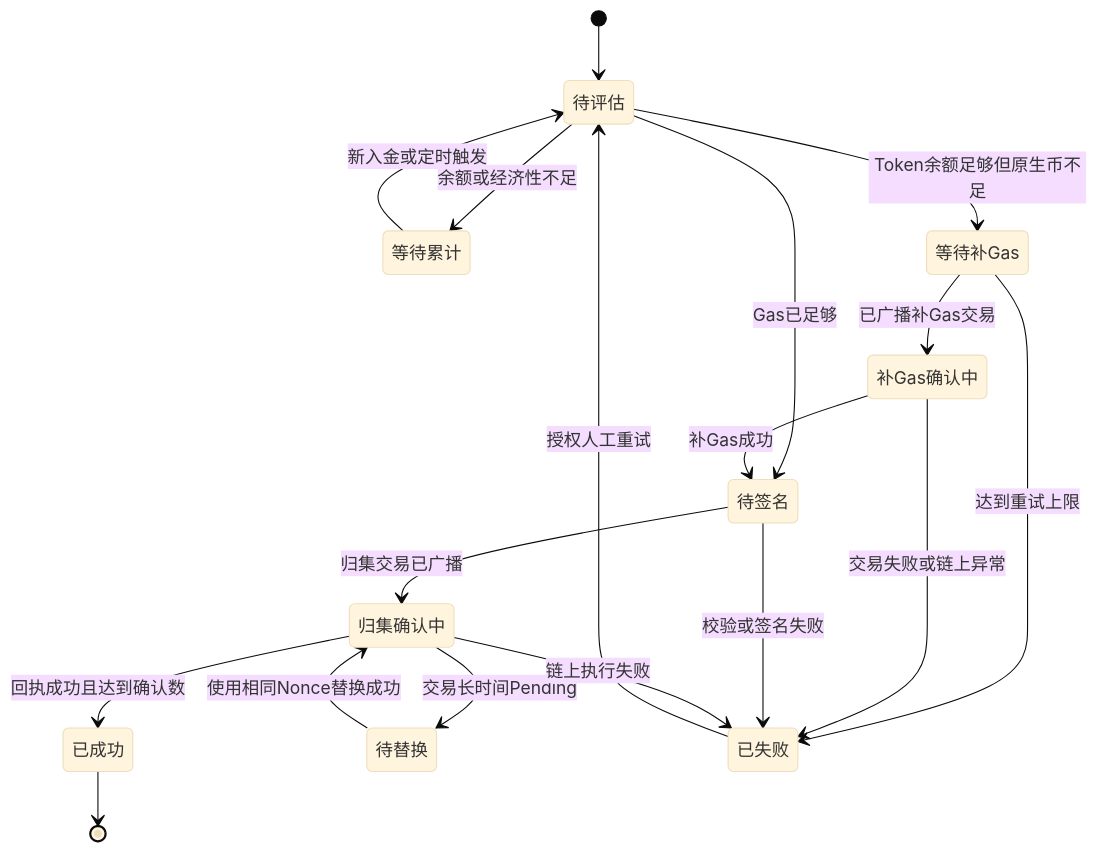
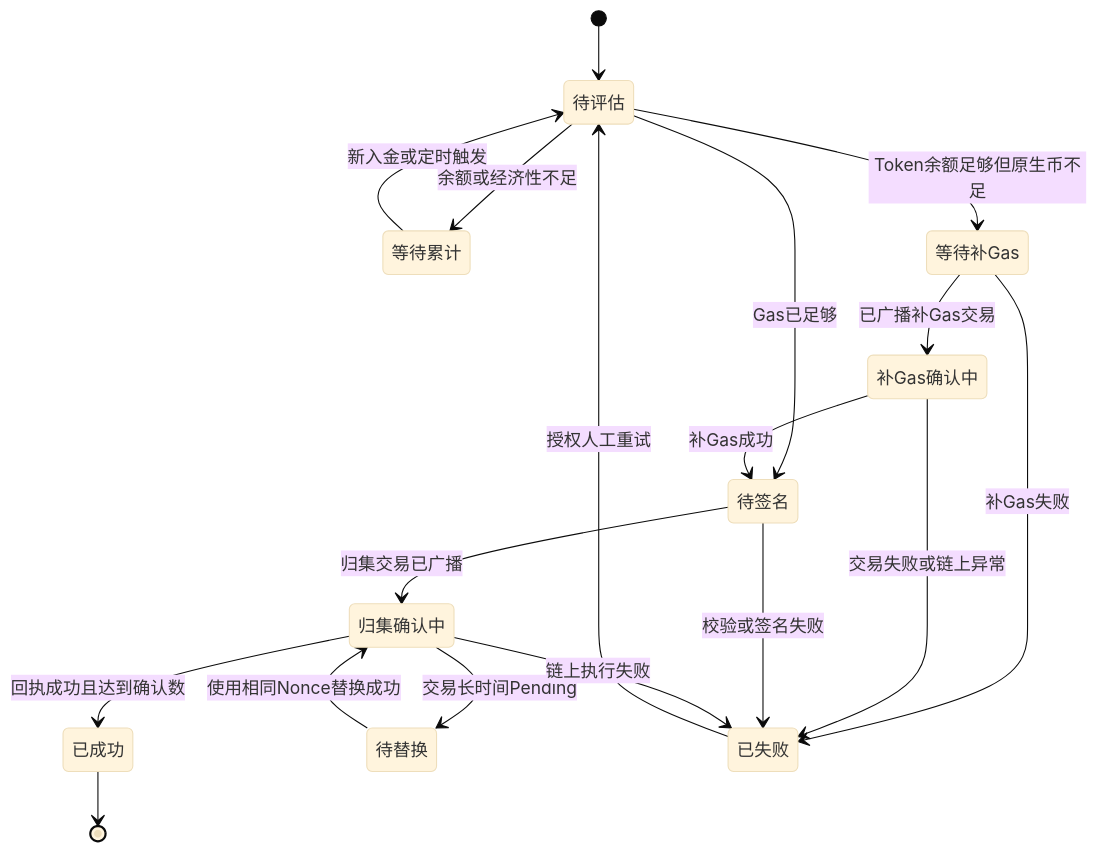
One commit to bingo-lab-1/bingo-figma changed the third of 3 diagrams in M5-财务管理/5.14-Crypto入金/Gas-Station与自动归集方案.md. Above: the diagram before and after it, drawn with Mermaid (base theme). The commit also changed other lines of this file and 157 other files, not shown here.

````diff
--- a/M5-财务管理/5.14-Crypto入金/Gas-Station与自动归集方案.md
+++ b/M5-财务管理/5.14-Crypto入金/Gas-Station与自动归集方案.md
@@ -213,20 +219,20 @@
 ```mermaid
 stateDiagram-v2
     [*] --> 待评估
     待评估 --> 等待累计: 余额或经济性不足
     待评估 --> 等待补Gas: Token余额足够但原生币不足
     待评估 --> 待签名: Gas已足够
     等待补Gas --> 补Gas确认中: 已广播补Gas交易
     补Gas确认中 --> 待签名: 补Gas成功
     待签名 --> 归集确认中: 归集交易已广播
     归集确认中 --> 已成功: 回执成功且达到确认数
     归集确认中 --> 待替换: 交易长时间Pending
     待替换 --> 归集确认中: 使用相同Nonce替换成功
-    等待补Gas --> 已失败: 达到重试上限
+    等待补Gas --> 已失败: 补Gas失败
     补Gas确认中 --> 已失败: 交易失败或链上异常
     待签名 --> 已失败: 校验或签名失败
     归集确认中 --> 已失败: 链上执行失败
     已失败 --> 待评估: 授权人工重试
     等待累计 --> 待评估: 新入金或定时触发
     已成功 --> [*]
 ```
````
